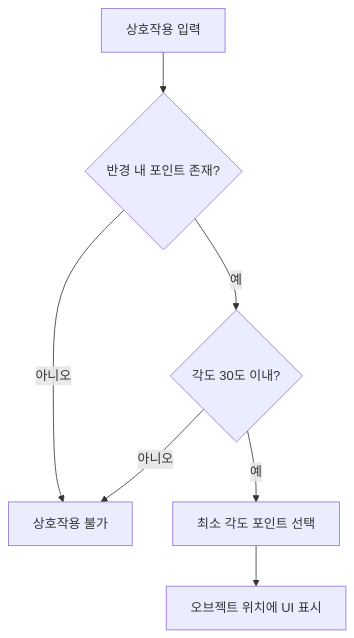
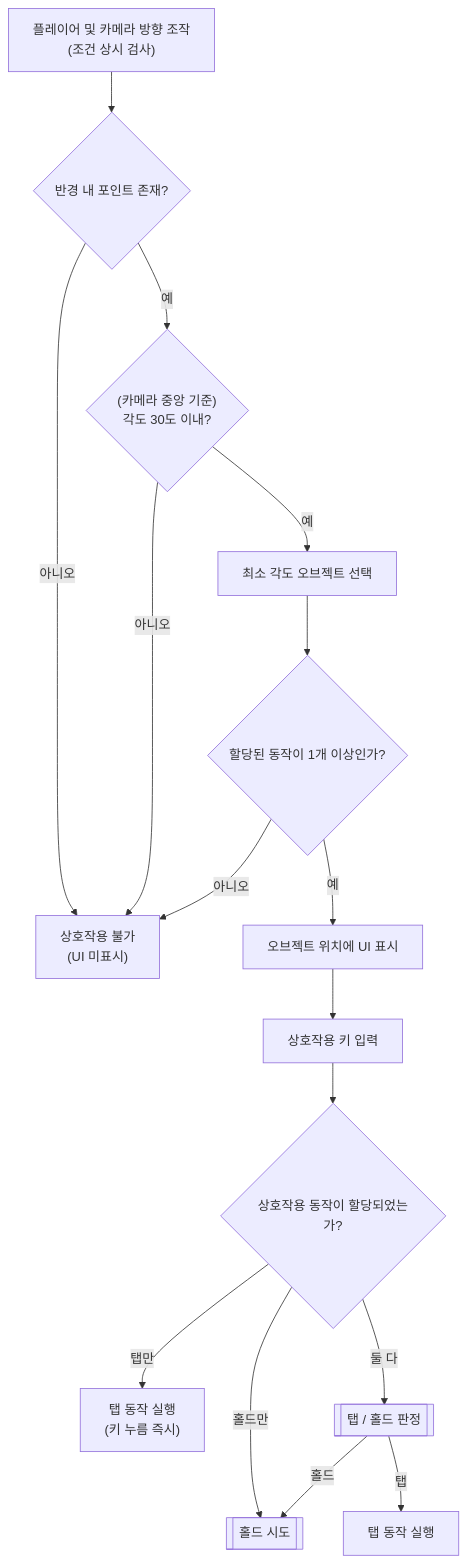
The diagram in 상호작용 매커니즘 플로우차트.md (Chillbok/2026s2_FpsProject_Document), drawn with Mermaid before and after one commit. The commit also changed other lines of this file and 176 other files, not shown here.

````diff
--- a/상호작용 매커니즘 플로우차트.md
+++ b/상호작용 매커니즘 플로우차트.md
@@ -13,9 +15,18 @@
 ```mermaid
 flowchart TD
-    A["상호작용 입력"] --> B{"반경 내 포인트 존재?"}
-    B -->|"아니오"| Z["상호작용 불가"]
-    B -->|"예"| C{"각도 30도 이내?"}
+    A["플레이어 및 카메라 방향 조작<br/>(조건 상시 검사)"] --> B{"반경 내 포인트 존재?"}
+    B -->|"아니오"| Z["상호작용 불가<br/>(UI 미표시)"]
+    B -->|"예"| C{"(카메라 중앙 기준)<br>각도 30도 이내?"}
     C -->|"아니오"| Z
-    C -->|"예"| D["최소 각도 포인트 선택"]
-    D --> E["오브젝트 위치에 UI 표시"]
+    C -->|"예"| D["최소 각도 오브젝트 선택"]
+    D --> M{"할당된 동작이 1개 이상인가?"}
+    M -->|"아니오"| Z
+    M -->|"예"| E["오브젝트 위치에 UI 표시"]
+    E --> IN["상호작용 키 입력"]
+    IN --> S{"상호작용 동작이 할당되었는가?"}
+    S -->|"탭만"| J["탭 동작 실행<br/>(키 누름 즉시)"]
+    S -->|"홀드만"| HO[["홀드 시도"]]
+    S -->|"둘 다"| F[["탭 / 홀드 판정"]]
+    F -->|"탭"| G["탭 동작 실행"]
+    F -->|"홀드"| HO
 ```
````
